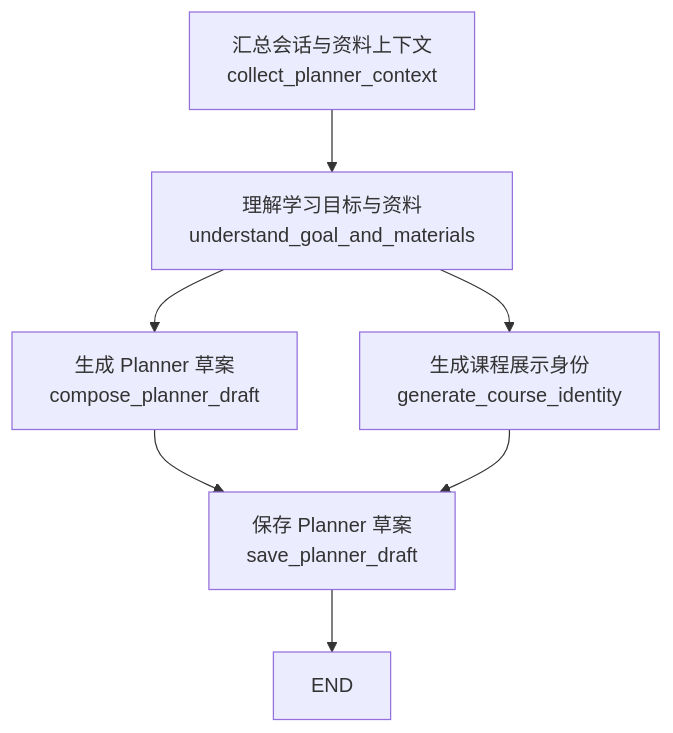
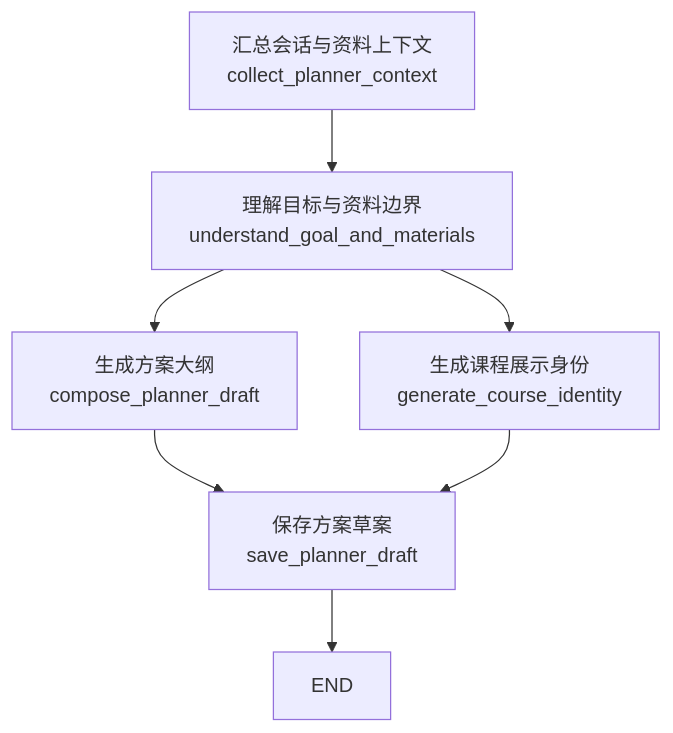
The first of 3 diagrams in backend/app/workflows/digest/planner/README.md (aiteachme/AITeachMe), drawn with Mermaid before and after one commit. The commit also changed other lines of this file and 34 other files, not shown here.

````diff
--- a/backend/app/workflows/digest/planner/README.md
+++ b/backend/app/workflows/digest/planner/README.md
@@ -73,9 +79,9 @@
 ```mermaid
 flowchart TD
-    A["汇总会话与资料上下文<br/>collect_planner_context"] --> B["理解学习目标与资料<br/>understand_goal_and_materials"]
-    B --> C["生成 Planner 草案<br/>compose_planner_draft"]
+    A["汇总会话与资料上下文<br/>collect_planner_context"] --> B["理解目标与资料边界<br/>understand_goal_and_materials"]
+    B --> C["生成方案大纲<br/>compose_planner_draft"]
     B --> D["生成课程展示身份<br/>generate_course_identity"]
-    C --> E["保存 Planner 草案<br/>save_planner_draft"]
+    C --> E["保存方案草案<br/>save_planner_draft"]
     D --> E
     E --> F["END"]
 ```
````
